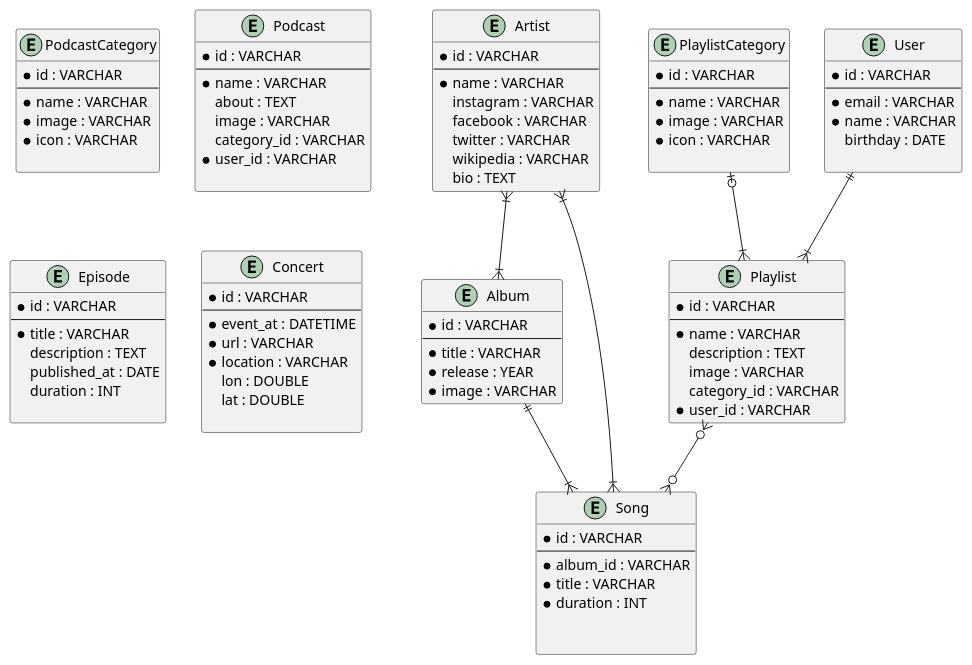
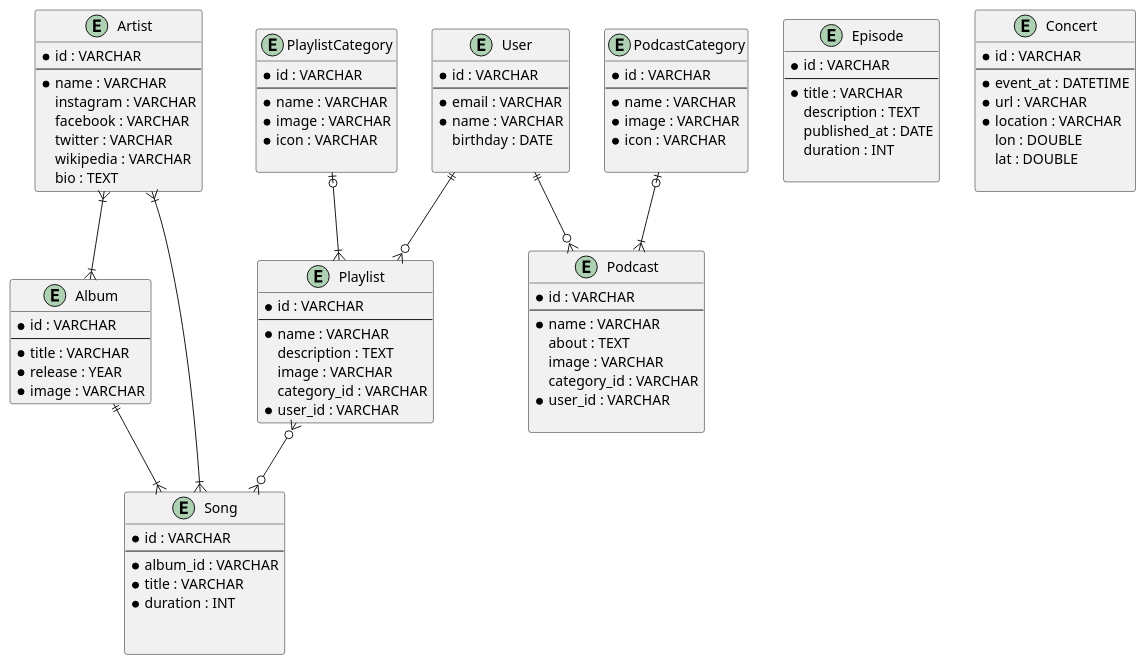
The diagram in spotify.puml (hanifiamdev/plantUML), drawn with PlantUML before and after one commit.

Commit message:
Menentukan Relasi Entity Podcast

```diff
--- a/spotify.puml
+++ b/spotify.puml
@@ -1,106 +1,109 @@
 @startuml
 entity Artist {
     * id : VARCHAR
     --
     * name : VARCHAR
     instagram : VARCHAR
     facebook : VARCHAR
     twitter : VARCHAR
     wikipedia : VARCHAR
     bio : TEXT
 }
 
 entity Album {
     * id : VARCHAR
     --
     * title : VARCHAR
     * release : YEAR
     * image : VARCHAR
 }
 
 entity Song {
     * id : VARCHAR
     --
     * album_id : VARCHAR
     * title : VARCHAR
     * duration : INT
 
 
 }
 
 entity PlaylistCategory {
     * id : VARCHAR
     --
     * name : VARCHAR
     * image : VARCHAR
     * icon : VARCHAR
 
 }
 
 
 entity Playlist {
     * id : VARCHAR
     --
     * name : VARCHAR
     description : TEXT
     image : VARCHAR
     category_id : VARCHAR
     * user_id : VARCHAR
 }
 
 entity PodcastCategory {
     * id : VARCHAR
     --
     * name : VARCHAR
     * image : VARCHAR
     * icon : VARCHAR
 
 }
 
 entity Podcast {
     * id : VARCHAR
     --
     * name : VARCHAR
     about : TEXT
     image : VARCHAR
     category_id : VARCHAR
     * user_id : VARCHAR
 
 }
 
 entity Episode {
     * id : VARCHAR
     --
     * title : VARCHAR
     description : TEXT
     published_at : DATE
     duration : INT
 
 }
 
 entity User {
     * id : VARCHAR
     --
     * email : VARCHAR
     * name : VARCHAR
     birthday : DATE
 
 }
 
 entity Concert {
    * id : VARCHAR
    --
    * event_at : DATETIME
    * url : VARCHAR
    * location : VARCHAR
    lon : DOUBLE
    lat : DOUBLE
 
 }
 Artist }|--|{ Album
 Album ||--|{ Song
 Artist }|--|{ Song
 PlaylistCategory |o--|{ Playlist
-User ||--|{ Playlist
+User ||--o{ Playlist
 Playlist }o--o{ Song
+PodcastCategory |o--|{ Podcast
+User ||--o{ Podcast
+
 @enduml
```
